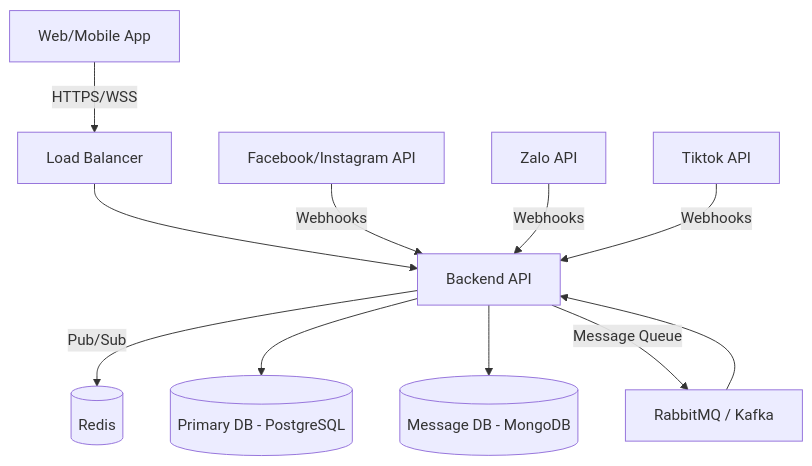
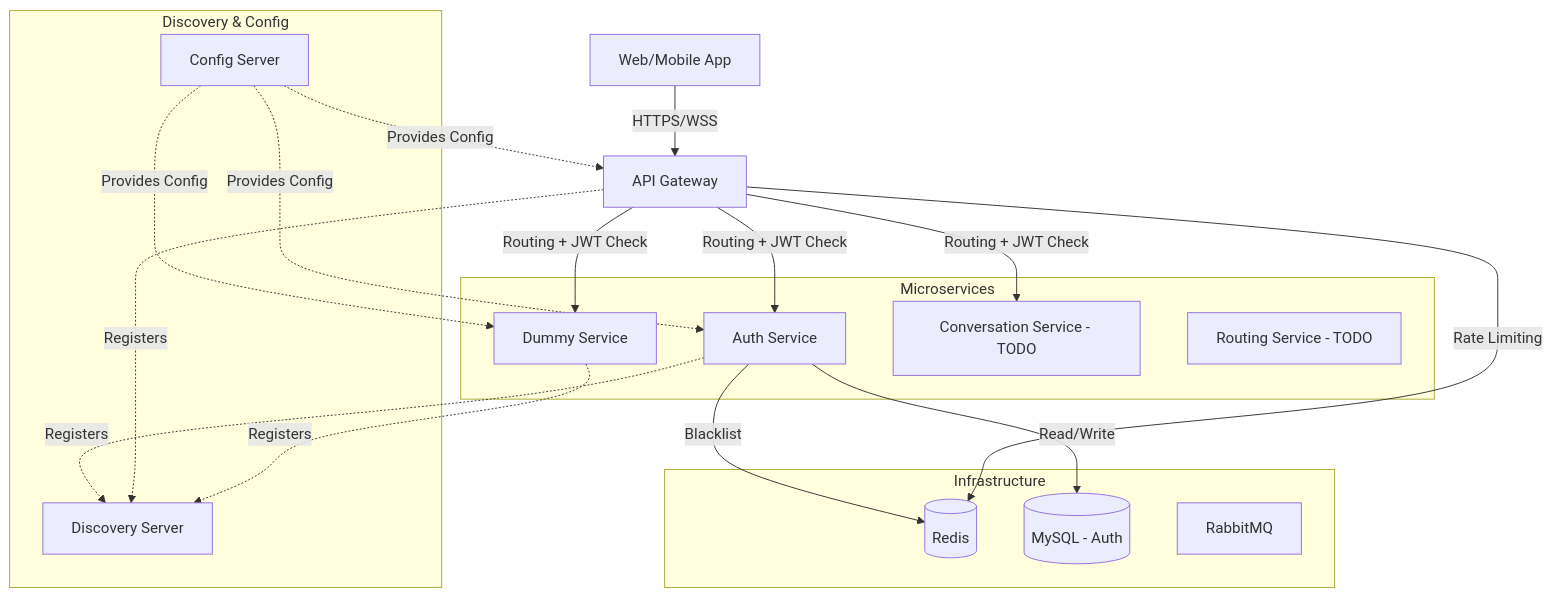
One commit to vutiendat24/omniChat changed the diagram in docs/00-overview/architecture-overview.md. Above: the diagram before and after it, drawn with Mermaid. The commit also changed other lines of this file and 20 other files, not shown here.

````diff
--- a/docs/00-overview/architecture-overview.md
+++ b/docs/00-overview/architecture-overview.md
@@ -7,16 +7,38 @@
 ```mermaid
 graph TD
-    Client[Web/Mobile App] --> |HTTPS/WSS| LB[Load Balancer]
-    LB --> API[Backend API]
+    Client[Web/Mobile App] --> |HTTPS/WSS| Gateway[API Gateway]
     
-    API --> |Pub/Sub| Redis[(Redis)]
-    API --> DB[(Primary DB - PostgreSQL)]
-    API --> Mongo[(Message DB - MongoDB)]
+    subgraph Infrastructure
+        Redis[(Redis)]
+        MySQL[(MySQL - Auth)]
+        MQ[RabbitMQ]
+    end
     
-    Facebook[Facebook/Instagram API] --> |Webhooks| API
-    Zalo[Zalo API] --> |Webhooks| API
-    Tiktok[Tiktok API] --> |Webhooks| API
+    subgraph Discovery & Config
+        Config[Config Server]
+        Discovery[Discovery Server]
+    end
     
-    API --> |Message Queue| MQ[RabbitMQ / Kafka]
-    MQ --> API
+    subgraph Microservices
+        Auth[Auth Service]
+        Dummy[Dummy Service]
+        Conversation[Conversation Service - TODO]
+        Routing[Routing Service - TODO]
+    end
+
+    Gateway --> |Routing + JWT Check| Auth
+    Gateway --> |Routing + JWT Check| Dummy
+    Gateway --> |Routing + JWT Check| Conversation
+    
+    Auth --> |Read/Write| MySQL
+    Auth --> |Blacklist| Redis
+    Gateway --> |Rate Limiting| Redis
+    
+    Config -.-> |Provides Config| Auth
+    Config -.-> |Provides Config| Gateway
+    Config -.-> |Provides Config| Dummy
+    
+    Auth -.-> |Registers| Discovery
+    Gateway -.-> |Registers| Discovery
+    Dummy -.-> |Registers| Discovery
 ```
````
